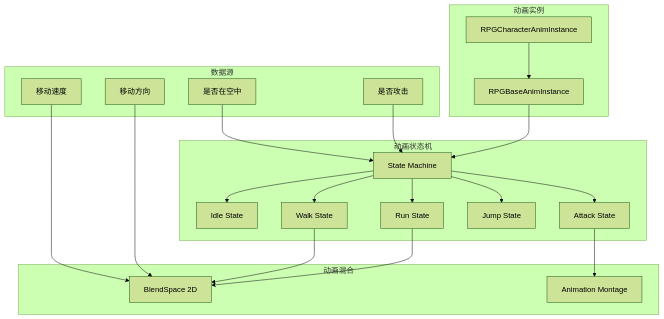
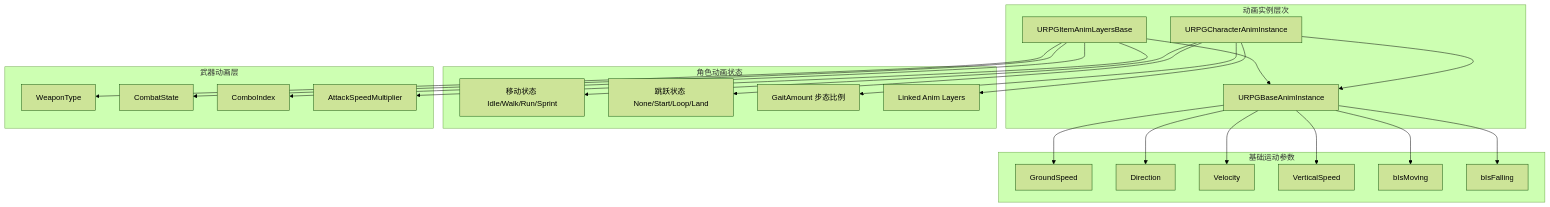
One commit to ARK31415/RPG changed the fifth of 12 diagrams in Source/Docs/SummaryDesign.md. Above: the diagram before and after it, drawn with Mermaid (forest theme). The commit also changed other lines of this file and 11 other files, not shown here.

````diff
--- a/Source/Docs/SummaryDesign.md
+++ b/Source/Docs/SummaryDesign.md
@@ -287,43 +302,48 @@
 ```mermaid
 graph TB
-    subgraph 动画实例
-        CAI[RPGCharacterAnimInstance]
-        BAI[RPGBaseAnimInstance]
+    subgraph 动画实例层次
+        BAI[URPGBaseAnimInstance]
+        CAI[URPGCharacterAnimInstance]
+        IAL[URPGItemAnimLayersBase]
     end
     
-    subgraph 动画状态机
-        SM[State Machine]
-        Idle[Idle State]
-        Walk[Walk State]
-        Run[Run State]
-        Jump[Jump State]
-        Attack[Attack State]
+    subgraph 基础运动参数
+        GS[GroundSpeed]
+        Dir[Direction]
+        Vel[Velocity]
+        VS[VerticalSpeed]
+        bMoving[bIsMoving]
+        bFalling[bIsFalling]
     end
     
-    subgraph 动画混合
-        BS2D[BlendSpace 2D]
-        MT[Animation Montage]
+    subgraph 角色动画状态
+        MS[移动状态 Idle/Walk/Run/Sprint]
+        JS[跳跃状态 None/Start/Loop/Land]
+        GA[GaitAmount 步态比例]
+        LAL[Linked Anim Layers]
     end
     
-    subgraph 数据源
-        Speed[移动速度]
-        Direction[移动方向]
-        bIsInAir[是否在空中]
-        bIsAttacking[是否攻击]
+    subgraph 武器动画层
+        WT[WeaponType]
+        CS[CombatState]
+        CI[ComboIndex]
+        ASM[AttackSpeedMultiplier]
     end
     
+    BAI --> GS
+    BAI --> Dir
+    BAI --> Vel
+    BAI --> VS
+    BAI --> bMoving
+    BAI --> bFalling
     CAI --> BAI
-    BAI --> SM
-    SM --> Idle
-    SM --> Walk
-    SM --> Run
-    SM --> Jump
-    SM --> Attack
-    Walk --> BS2D
-    Run --> BS2D
-    Attack --> MT
-    Speed --> BS2D
-    Direction --> BS2D
-    bIsInAir --> SM
-    bIsAttacking --> SM
+    CAI --> MS
+    CAI --> JS
+    CAI --> GA
+    CAI --> LAL
+    IAL --> BAI
+    IAL --> WT
+    IAL --> CS
+    IAL --> CI
+    IAL --> ASM
 ```
````
